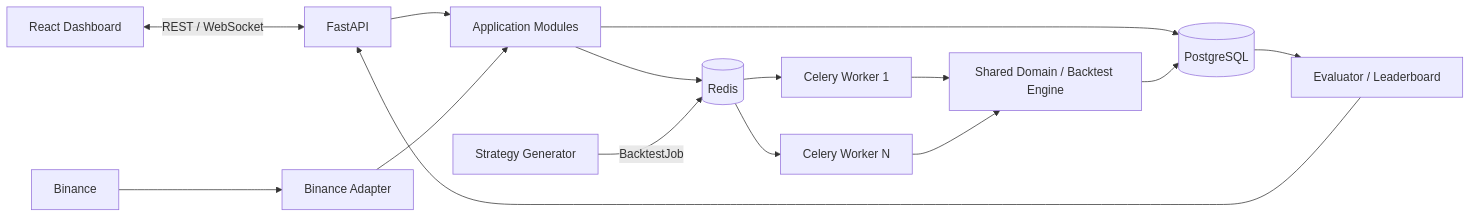
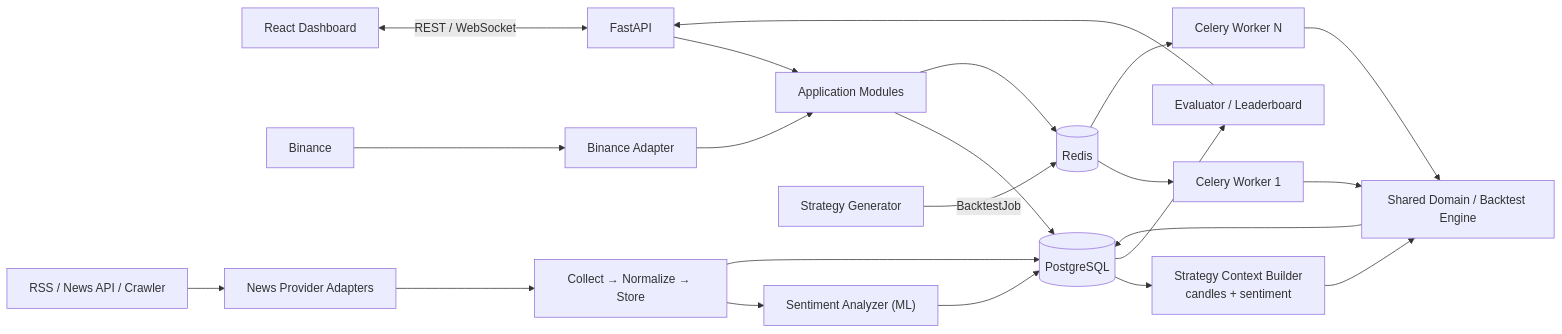
Before and after one commit to nhphunng/Crypto-Strategy-Lab: the first of 2 diagrams in docs/TECH_STACK_SKELETON_SPECKIT_FLOW.md, drawn with Mermaid. The commit also changed other lines of this file and 1 other file, not shown here.

Commit message:
feat: Enhance documentation for tech stack and sentiment analysis integration

````diff
--- a/docs/TECH_STACK_SKELETON_SPECKIT_FLOW.md
+++ b/docs/TECH_STACK_SKELETON_SPECKIT_FLOW.md
@@ -17,18 +17,25 @@
 ```mermaid
 flowchart LR
     FE["React Dashboard"] <-->|"REST / WebSocket"| API["FastAPI"]
     API --> APP["Application Modules"]
     APP --> PG[("PostgreSQL")]
     APP --> REDIS[("Redis")]
     BINANCE["Binance"] --> ADAPTER["Binance Adapter"]
     ADAPTER --> APP
+    NEWS["RSS / News API / Crawler"] --> NEWS_ADAPTER["News Provider Adapters"]
+    NEWS_ADAPTER --> NEWS_PIPELINE["Collect → Normalize → Store"]
+    NEWS_PIPELINE --> SENTIMENT["Sentiment Analyzer (ML)"]
+    NEWS_PIPELINE --> PG
+    SENTIMENT --> PG
+    PG --> CONTEXT["Strategy Context Builder<br/>candles + sentiment"]
 
     GEN["Strategy Generator"] -->|"BacktestJob"| REDIS
     REDIS --> W1["Celery Worker 1"]
     REDIS --> W2["Celery Worker N"]
     W1 --> DOMAIN["Shared Domain / Backtest Engine"]
     W2 --> DOMAIN
+    CONTEXT --> DOMAIN
     DOMAIN --> PG
     PG --> EVAL["Evaluator / Leaderboard"]
     EVAL --> API
 ```
````
